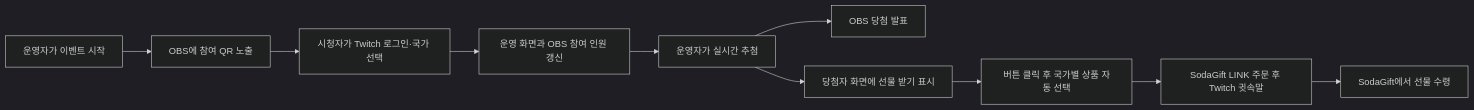
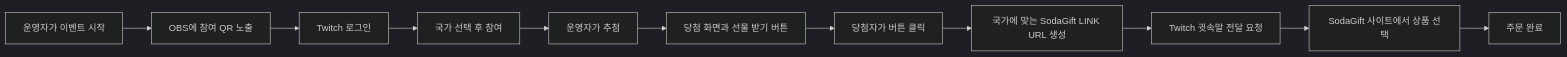
The diagram in README.md (Changjae-LE/socal-k-group-hackathon), drawn with Mermaid (dark theme) before and after one commit. The commit also changed other lines of this file and 3 other files, not shown here.

````diff
--- a/README.md
+++ b/README.md
@@ -25,12 +43,13 @@
 ```mermaid
 flowchart LR
     A[운영자가 이벤트 시작] --> B[OBS에 참여 QR 노출]
-    B --> C[시청자가 Twitch 로그인·국가 선택]
-    C --> D[운영 화면과 OBS 참여 인원 갱신]
-    D --> E[운영자가 실시간 추첨]
-    E --> F[OBS 당첨 발표]
-    E --> G[당첨자 화면에 선물 받기 표시]
-    G --> H[버튼 클릭 후 국가별 상품 자동 선택]
-    H --> I[SodaGift LINK 주문 후 Twitch 귓속말]
-    I --> J[SodaGift에서 선물 수령]
+    B --> C[Twitch 로그인]
+    C --> D[국가 선택 후 참여]
+    D --> E[운영자가 추첨]
+    E --> F[당첨 화면과 선물 받기 버튼]
+    F --> G[당첨자가 버튼 클릭]
+    G --> H[국가에 맞는 SodaGift LINK URL 생성]
+    H --> I[Twitch 귓속말 전달 요청]
+    I --> J[SodaGift 사이트에서 상품 선택]
+    J --> K[주문 완료]
 ```
````
